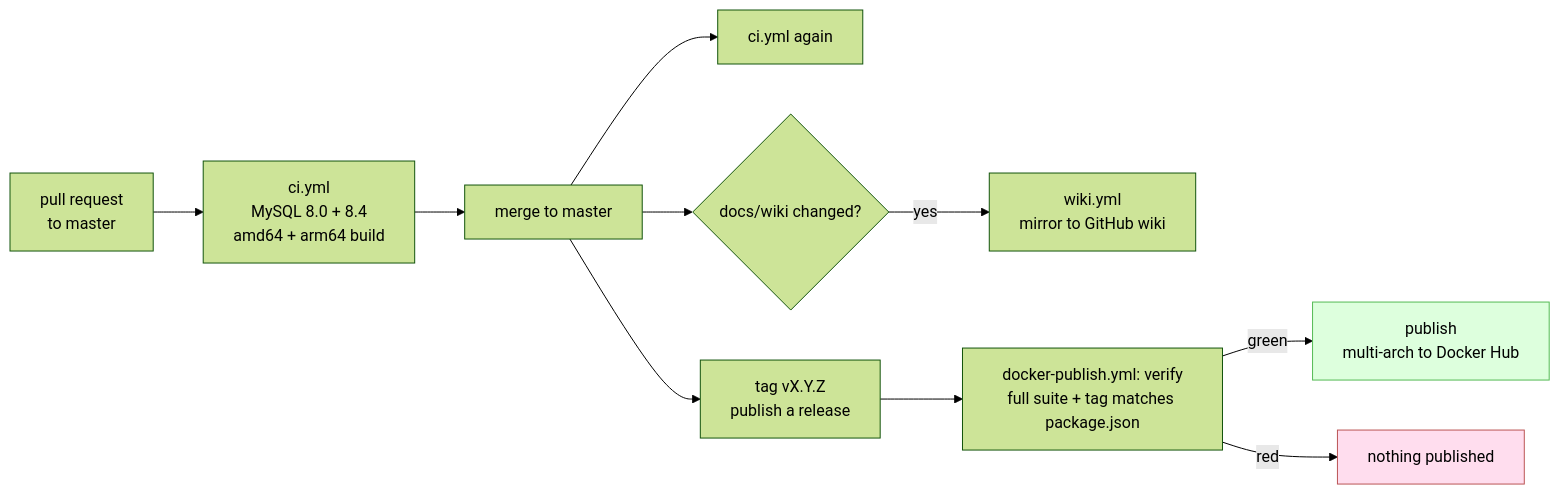
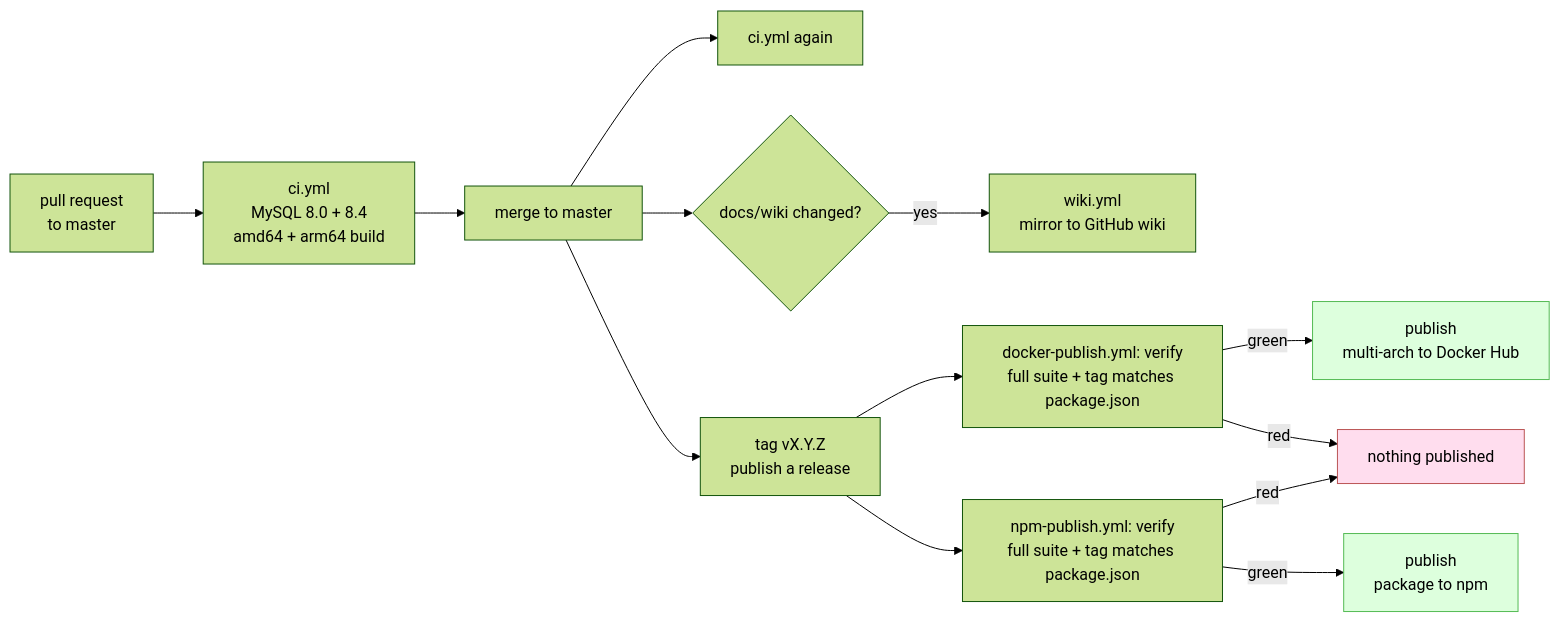
Before and after one commit to shibbirweb/mcp-mysql-read-only: the diagram in docs/wiki/Release-Process.md, drawn with Mermaid (forest theme). The commit also changed other lines of this file and 5 other files, not shown here.

````diff
--- a/docs/wiki/Release-Process.md
+++ b/docs/wiki/Release-Process.md
@@ -11,15 +14,19 @@
 ```mermaid
 flowchart LR
     PR["pull request<br/>to master"] --> CI1["ci.yml<br/>MySQL 8.0 + 8.4<br/>amd64 + arm64 build"]
     CI1 --> MERGE["merge to master"]
     MERGE --> CI2["ci.yml again"]
     MERGE --> WIKI{"docs/wiki changed?"}
     WIKI -->|"yes"| PUB["wiki.yml<br/>mirror to GitHub wiki"]
     MERGE --> TAG["tag vX.Y.Z<br/>publish a release"]
     TAG --> VER["docker-publish.yml: verify<br/>full suite + tag matches package.json"]
+    TAG --> VERN["npm-publish.yml: verify<br/>full suite + tag matches package.json"]
     VER -->|"green"| PUSH["publish<br/>multi-arch to Docker Hub"]
     VER -->|"red"| STOP["nothing published"]
+    VERN -->|"green"| PUSHN["publish<br/>package to npm"]
+    VERN -->|"red"| STOP
 
     style STOP fill:#fde,stroke:#b55
     style PUSH fill:#dfd,stroke:#5b5
+    style PUSHN fill:#dfd,stroke:#5b5
 ```
````
